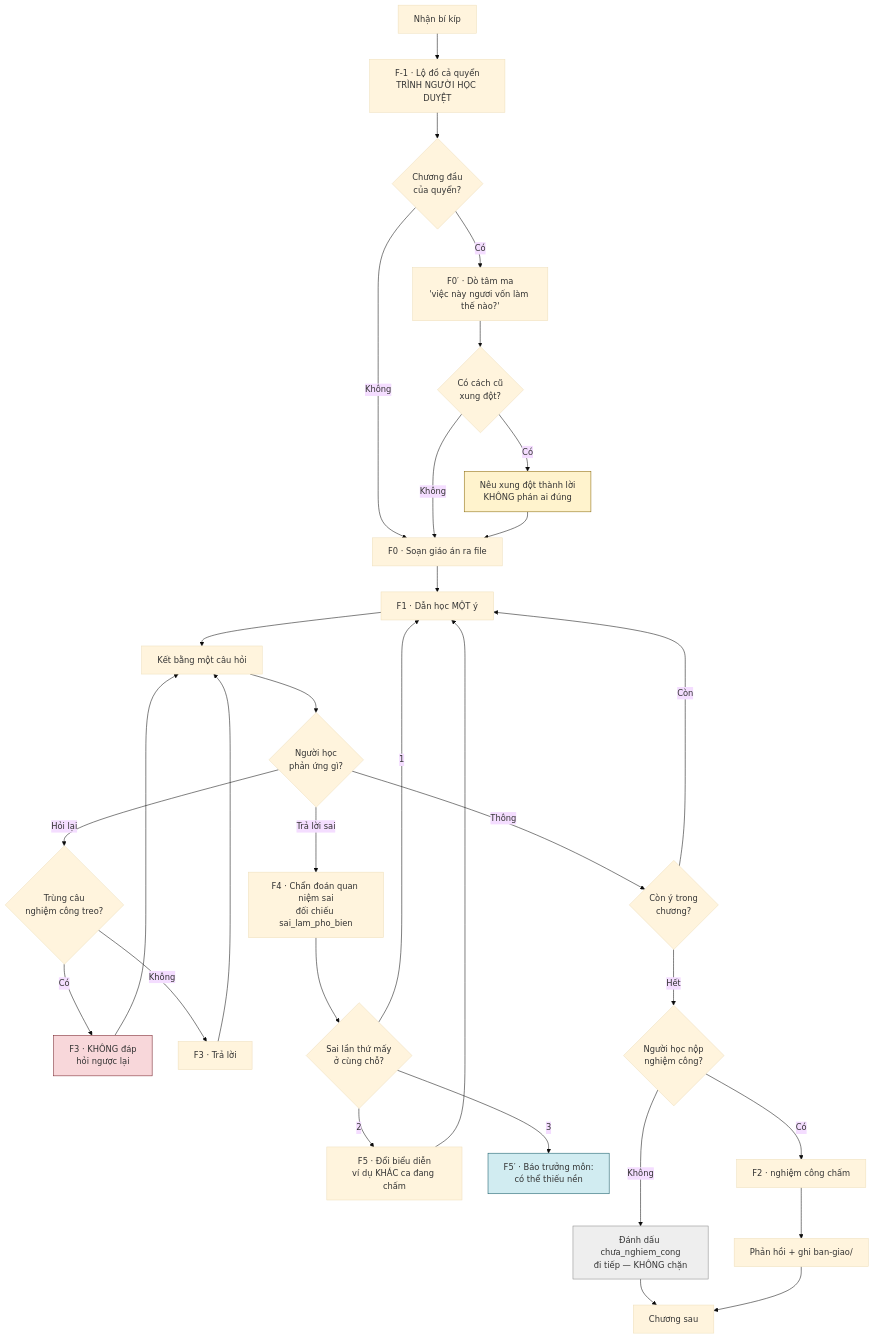
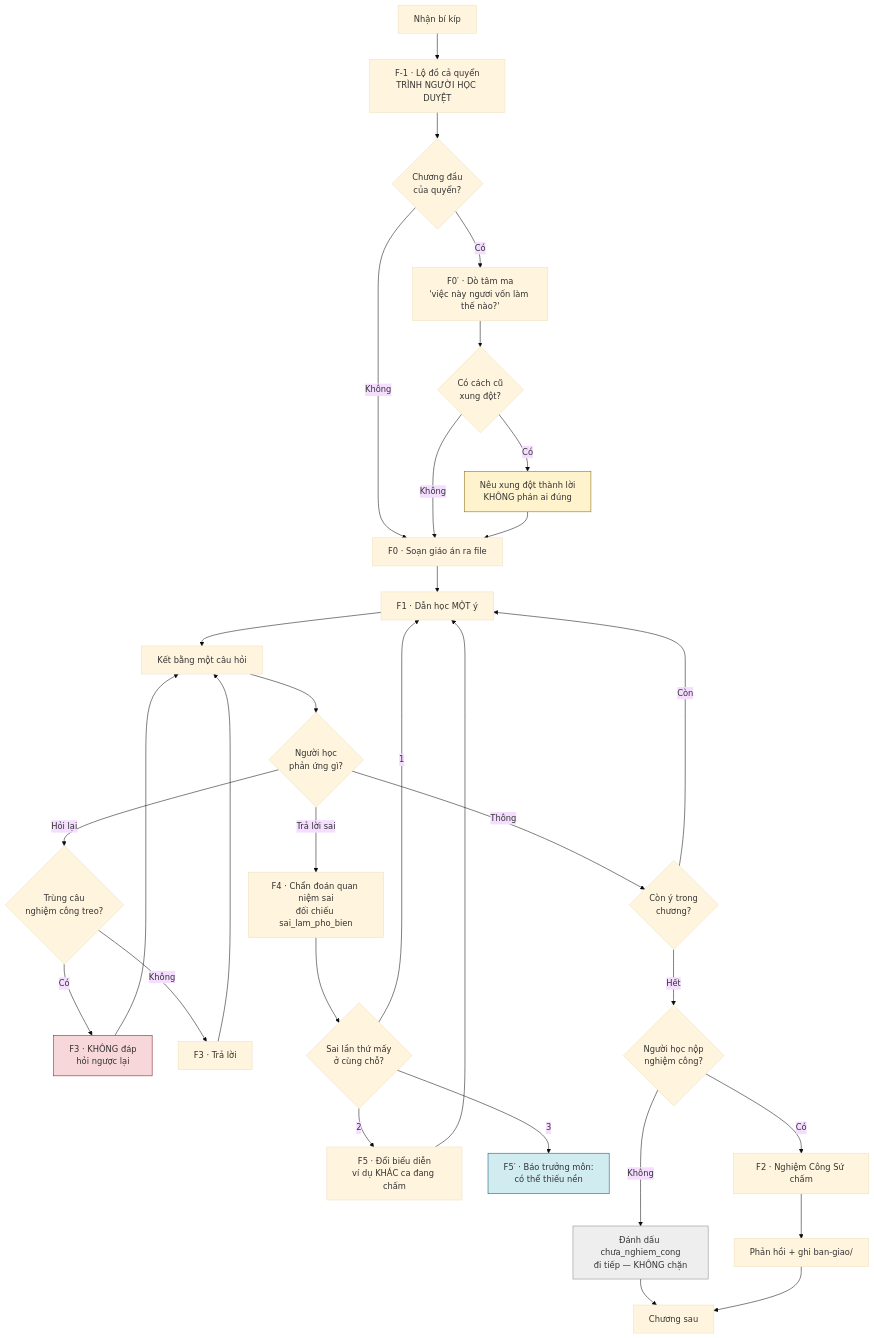
Before and after one commit to hanh9898/van-dao-workspace: the tenth of 13 diagrams in docs/VAN-DAO-dac-ta-v1.0.md, drawn with Mermaid (base theme). The commit also changed other lines of this file and 1 other file, not shown here.

````diff
--- a/docs/VAN-DAO-dac-ta-v1.0.md
+++ b/docs/VAN-DAO-dac-ta-v1.0.md
@@ -1157,35 +1168,35 @@
 ```mermaid
 flowchart TD
     A["Nhận bí kíp"] --> B["F-1 · Lộ đồ cả quyển<br/>TRÌNH NGƯỜI HỌC DUYỆT"]
     B --> C{"Chương đầu<br/>của quyển?"}
     C -->|Có| TM["F0′ · Dò tâm ma<br/>'việc này ngươi vốn làm thế nào?'"]
     C -->|Không| D
     TM --> TM2{"Có cách cũ<br/>xung đột?"}
     TM2 -->|Có| TM3["Nêu xung đột thành lời<br/>KHÔNG phán ai đúng"]
     TM2 -->|Không| D
     TM3 --> D["F0 · Soạn giáo án ra file"]
     D --> E["F1 · Dẫn học MỘT ý"]
     E --> F["Kết bằng một câu hỏi"]
     F --> G{"Người học<br/>phản ứng gì?"}
     G -->|"Hỏi lại"| H{"Trùng câu<br/>nghiệm công treo?"}
     H -->|Có| H2["F3 · KHÔNG đáp<br/>hỏi ngược lại"] --> F
     H -->|Không| H3["F3 · Trả lời"] --> F
     G -->|"Trả lời sai"| I["F4 · Chẩn đoán quan niệm sai<br/>đối chiếu sai_lam_pho_bien"]
     I --> J{"Sai lần thứ mấy<br/>ở cùng chỗ?"}
     J -->|1| E
     J -->|2| K["F5 · Đổi biểu diễn<br/>ví dụ KHÁC ca đang chấm"] --> E
     J -->|3| L["F5′ · Báo trưởng môn:<br/>có thể thiếu nền"]
     G -->|"Thông"| M{"Còn ý trong<br/>chương?"}
     M -->|Còn| E
     M -->|Hết| N{"Người học nộp<br/>nghiệm công?"}
     N -->|Không| O["Đánh dấu chưa_nghiem_cong<br/>đi tiếp — KHÔNG chặn"]
-    N -->|Có| P["F2 · nghiệm công chấm"]
+    N -->|Có| P["F2 · Nghiệm Công Sứ chấm"]
     P --> Q["Phản hồi + ghi ban-giao/"]
     O --> R["Chương sau"]
     Q --> R
 
     style TM3 fill:#fff3cd,stroke:#856404
     style H2 fill:#f8d7da,stroke:#721c24
     style L fill:#d1ecf1,stroke:#0c5460
     style O fill:#eeeeee,stroke:#888
 ```
````
